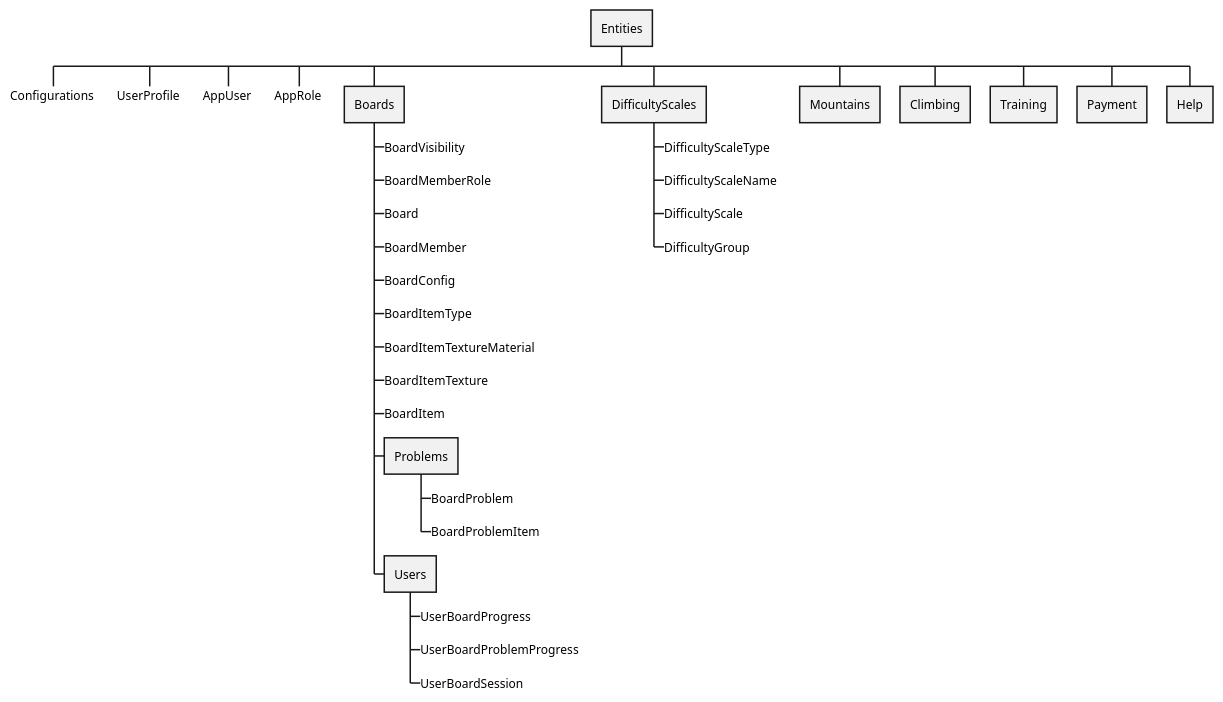
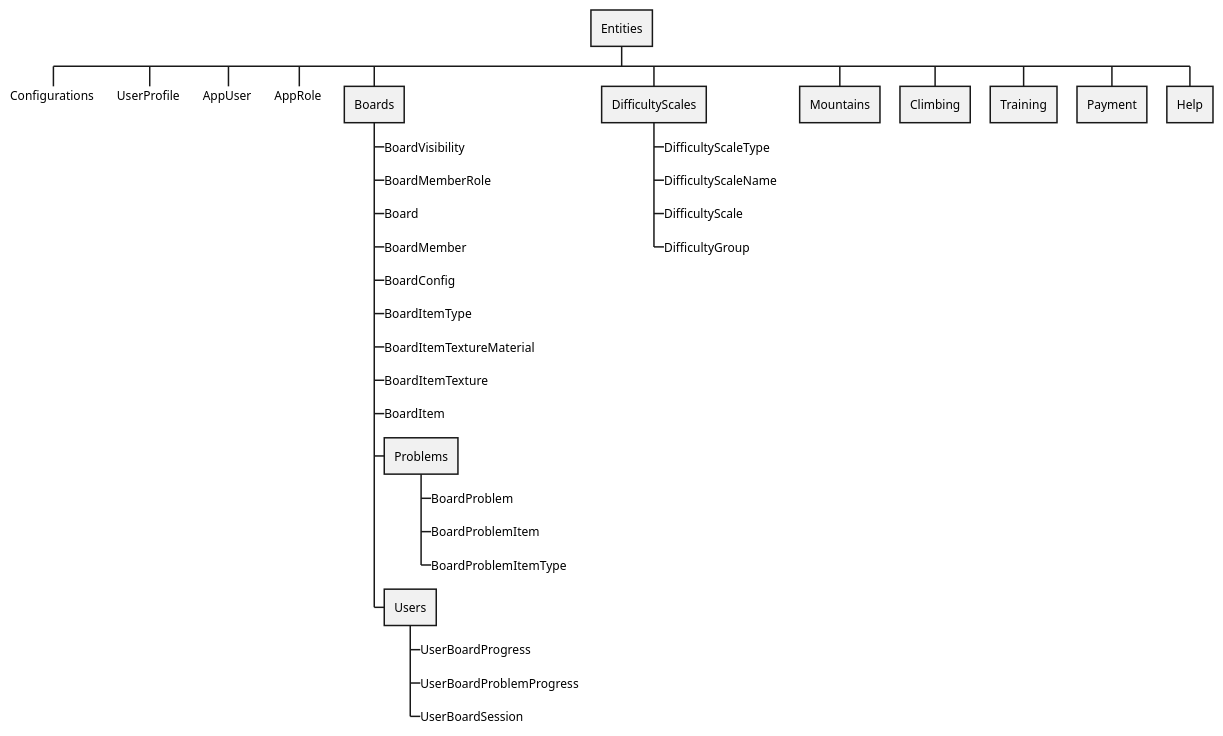
Before and after one commit to julyoc/ClimbEdge: the diagram in Docs/Diagrams/Package.puml, drawn with PlantUML. The commit also changed 15 other files, not shown here.

```diff
--- a/Docs/Diagrams/Package.puml
+++ b/Docs/Diagrams/Package.puml
@@ -1,36 +1,37 @@
 @startwbs Packages Diagram
 
 * Entities
 **_> Configurations
 **_> UserProfile
 **_> AppUser
 **_> AppRole
 ** Boards
 ***_> BoardVisibility <<enum>>
 ***_> BoardMemberRole <<enum>>
 ***_> Board
 ***_> BoardMember
 ***_> BoardConfig
 ***_> BoardItemType
 ***_> BoardItemTextureMaterial
 ***_> BoardItemTexture
 ***_> BoardItem
 *** Problems
 ****_> BoardProblem
 ****_> BoardProblemItem
+****_> BoardProblemItemType
 *** Users
 ****_> UserBoardProgress
 ****_> UserBoardProblemProgress
 ****_> UserBoardSession
 ** DifficultyScales
 ***_> DifficultyScaleType
 ***_> DifficultyScaleName
 ***_> DifficultyScale
 ***_> DifficultyGroup
 ** Mountains
 ** Climbing
 ** Training
 ** Payment
 ** Help
 
 @endwbs
```
